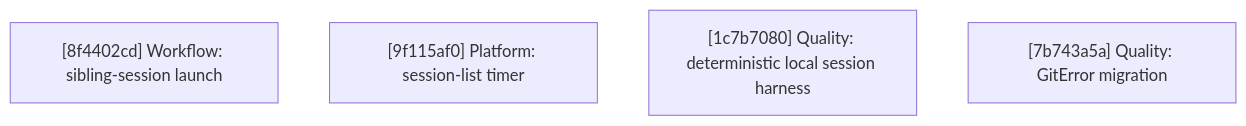
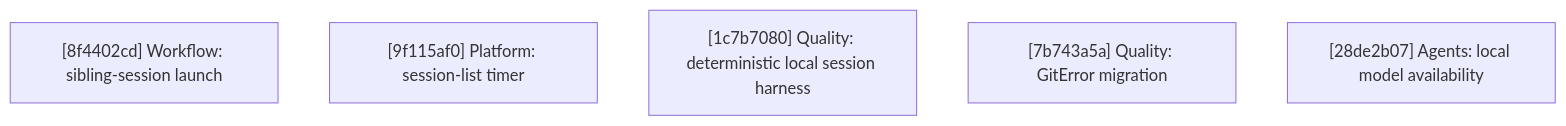
The diagram in docs/plan/roadmap.md (agentty-xyz/agentty), drawn with Mermaid before and after one commit. The commit also changed other lines of this file, not shown here.

First line of the commit message:
Plan local model availability scoping

````diff
--- a/docs/plan/roadmap.md
+++ b/docs/plan/roadmap.md
@@ -149,7 +179,8 @@
 ```mermaid
 flowchart TD
     R1["[8f4402cd] Workflow: sibling-session launch"]
     R2["[9f115af0] Platform: session-list timer"]
     R3["[1c7b7080] Quality: deterministic local session harness"]
     R4["[7b743a5a] Quality: GitError migration"]
+    R5["[28de2b07] Agents: local model availability"]
 ```
````
